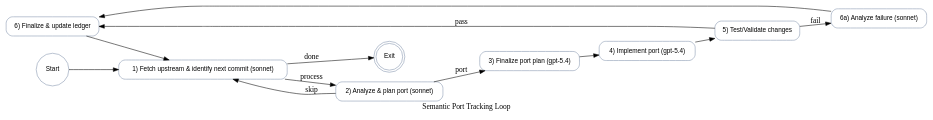
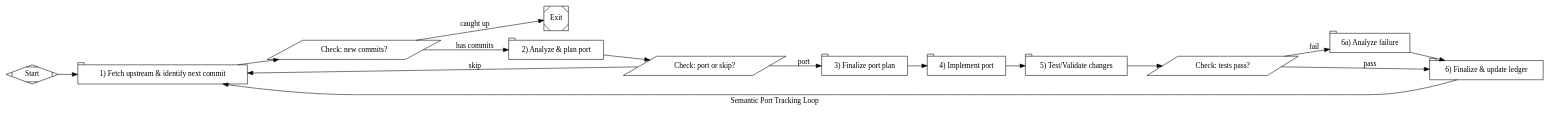
Before and after one commit to TheFellow/cedar-dotnet: the diagram in semport/semport.dot, drawn with Graphviz.

Commit message:
semport: bump turn limits and sharpen stage prompts
ImplementPort 30→50, TestValidate 20→40, AnalyzeFailure 15→25,
FinalizeAndUpdateLedger 15→30. TestValidate now runs specific test
projects instead of full solution (avoids conformance noise).
ImplementPort reminds about ImplicitUsings=disable.

````diff
--- a/semport/semport.dot
+++ b/semport/semport.dot
@@ -1,33 +1,49 @@
 digraph Workflow {
   graph [ label="Semantic Port Tracking Loop", goal="We want to intelligently track and port semantic changes from the upstream cedar-go repository to our C# implementation.\n\nWe want to fetch the latest commits from inspiration/cedar-go, analyze each new commit for semantic changes (not just syntax), and intelligently port those changes into our C# codebase while respecting .NET idioms and our existing architecture.\n\nWe want to track the disposition of each upstream commit in semport/ledger.tsv with three states: 'new' (unprocessed), 'implemented' (changes made), or 'acknowledged' (reviewed but no changes needed).\n\nWe want to make sure we follow the established cedar-dotnet conventions: sealed records for value types, immutable collections, System.Text.Json serialization, xUnit tests, and the multi-project solution layout defined in docs/sprints/SPRINT-PLAN.md.", rankdir="LR", context_fidelity_default="truncate", context_thread_default="semport-tracking", default_max_retry="4" ];
 
-  FinalizeAndUpdateLedger [allow_partial="false", color="#94a3b8", fillcolor="white", fontname="Helvetica", fontsize="12", is_codergen="true", label="6) Finalize & update ledger", llm_model="gpt-5.4", llm_prompt="**Finalize implementation and update ledger in one step.**\n\n1. Synthesize the port plan from .ai/semport_plan_sonnet.md and implementation results into .ai/semport_implementation_summary.md. List which upstream commits were processed, what changes were made (with file:line references), and the disposition ('implemented').\n\n2. Update the ledger using:\n```\npython3 semport/ledger.py update <shortsha> implemented\npython3 semport/ledger.py sort\n```\n\n3. Verify with `python3 semport/ledger.py stats` to see progress.\n\n4. **Commit all changes** (implementation + ledger update) with a clear message:\n   ```\n   git add -A\n   git commit -m \"semport: implement <shortsha> - <brief description of what was ported>\"\n   ```\n   Example: `git commit -m \"semport: implement 69d8817 - add MarshalBinary to EntityUID\"`\n\nKeep our goal $goal in mind. Then loop back to process the next commit.", llm_provider="openai", margin="0.1,0.08", max_agent_turns="8", node_type="stack.observe", penwidth="1.2", reasoning_effort="high", shape="box", style="rounded,filled", timeout="1200"];
+  Start [label="Start", shape="Mdiamond"];
+  Exit [label="Exit", shape="Msquare"];
 
-  TestValidate [allow_partial="true", color="#94a3b8", fillcolor="white", fontname="Helvetica", fontsize="12", is_codergen="true", label="5) Test/Validate changes", llm_model="gpt-5.4", llm_prompt="Keeping our goal in mind: $goal. From repo root, validate that all ported changes work correctly. Run `dotnet build cedar-dotnet.sln` and `dotnet test` to ensure compilation succeeds and all tests pass. Verify the ported functionality matches the upstream semantic intent (not necessarily syntax). Write validation results to .ai/semport_validation_report_NN.md. Use outcome=yes if all tests pass and changes are semantically correct; otherwise use outcome=retry with concrete failure details.", llm_provider="openai", margin="0.1,0.08", max_agent_turns="8", node_type="stack.steer", penwidth="1.2", reasoning_effort="high", shape="box", style="rounded,filled", timeout="1800"];
+  // ── Stage 1: Fetch upstream and identify next commit ──
+  FetchUpstream [shape="tab", label="1) Fetch upstream & identify next commit", llm_model="claude-sonnet-4-6", llm_provider="anthropic", cwd=".", max_turns="25", reasoning_effort="high", prompt="Our goal is: $goal\n\n---\n\n**CRITICAL: Use semport/ledger.py for all ledger operations to ensure proper chronological ordering. Ledger entries MUST always use short git hashes (7 characters, e.g. from `git rev-parse --short`).**\n\n1. Run `python3 semport/ledger.py earliest` to get the chronologically earliest commit with disposition='new'\n2. If a commit is found, write ONLY that single commit (shortsha, iso8601, and full commit message from git show) to .ai/semport_new_commits.md and you are done.\n3. If NO 'new' commits exist:\n   a. Ensure inspiration/cedar-go exists (clone from https://github.com/cedar-policy/cedar-go.git if missing)\n   b. Run `git -C inspiration/cedar-go fetch origin && git -C inspiration/cedar-go checkout main && git -C inspiration/cedar-go pull origin main` to get latest\n   c. Use git log to find commits newer than the latest in ledger.tsv, capturing a short hash for each commit (e.g. `git -C inspiration/cedar-go log --format='%%h %%cI' <latest_sha>..HEAD`)\n   d. Add new commits using `python3 semport/ledger.py add <shortsha> <timestamp>`\n   e. Run `python3 semport/ledger.py sort` to maintain chronological order\n   f. Then run `python3 semport/ledger.py earliest` to get the first new commit\n   g. If a new commit is found after fetching, write it to .ai/semport_new_commits.md\n   h. If still no new commits after fetching, remove .ai/semport_new_commits.md if it exists (rm -f)\n\nIMPORTANT: If there IS a commit to process, .ai/semport_new_commits.md must exist when you finish. If there is NOT, .ai/semport_new_commits.md must NOT exist."];
 
-  AnalyzeFailureSonnet [allow_partial="false", color="#94a3b8", fillcolor="white", fontname="Helvetica", fontsize="12", is_codergen="true", label="6a) Analyze failure (sonnet)", llm_model="claude-sonnet-4-6", llm_prompt="When tests or validation fail, inspect .ai/semport_validation_report_*.md, logs, diffs, and error messages. Write .ai/semport_failure_sonnet.md summarizing root causes, impacted files (with line references), and what needs to be fixed. Clearly note where failure artifacts are located. Keep our goal $goal in mind and be subjective.", llm_provider="anthropic", margin="0.1,0.08", max_agent_turns="8", node_type="stack.observe", penwidth="1.2", reasoning_effort="high", shape="box", style="rounded,filled", timeout="1200"];
+  CheckFetchResult [shape="parallelogram", label="Check: new commits?", tool_command="test -f .ai/semport_new_commits.md", timeout="10s"];
 
-  FetchUpstreamSonnet [allow_partial="false", color="#94a3b8", fillcolor="white", fontname="Helvetica", fontsize="12", is_codergen="true", label="1) Fetch upstream & identify next commit (sonnet)", llm_model="claude-sonnet-4-6", llm_prompt="Our goal is: $goal\n\n---\n\n**CRITICAL: Use semport/ledger.py for all ledger operations to ensure proper chronological ordering. Ledger entries MUST always use short git hashes (7 characters, e.g. from `git rev-parse --short`).**\n\n1. Run `python3 semport/ledger.py earliest` to get the chronologically earliest commit with disposition='new'\n2. If a commit is found, write ONLY that single commit (shortsha, iso8601, and full commit message from git show) to .ai/semport_new_commits.md and use outcome=process\n3. If NO 'new' commits exist:\n   a. Ensure inspiration/cedar-go exists (clone from https://github.com/cedar-policy/cedar-go.git if missing)\n   b. Run git fetch && git pull in that directory\n   c. Use git log to find commits newer than the latest in ledger.tsv, capturing a short hash for each commit (e.g. `git log --format='%h %cI' ...`)\n   d. Add new commits using `python3 semport/ledger.py add <shortsha> <timestamp>`\n   e. Run `python3 semport/ledger.py sort` to maintain chronological order\n   f. Then run `python3 semport/ledger.py earliest` to get the first new commit\n   g. If a new commit is found after fetching, write it to .ai/semport_new_commits.md and use outcome=process\n   h. If still no new commits after fetching, write a completion report to .ai/semport_completion.md and use outcome=done\n\n**IMPORTANT**: You MUST end with exactly one of these outcomes:\n- outcome=process (when there is a commit to process)\n- outcome=done (when fully caught up with no new commits)", llm_provider="anthropic", margin="0.1,0.08", max_agent_turns="8", node_type="stack.steer", penwidth="1.2", reasoning_effort="high", shape="box", style="rounded,filled", timeout="1200"];
+  // ── Stage 2: Analyze commit and decide: port or acknowledge ──
+  AnalyzePlan [shape="tab", label="2) Analyze & plan port", llm_model="claude-sonnet-4-6", llm_provider="anthropic", cwd=".", max_turns="30", reasoning_effort="high", prompt="You have ONE job: analyze a single upstream commit and decide whether to port or acknowledge it.\n\nSTEP 1: Read .ai/semport_new_commits.md to get the commit shortsha.\nSTEP 2: Run `git -C inspiration/cedar-go show <shortsha>` to see the full diff.\nSTEP 3: Decide: is this a semantic change that needs porting to C#? Or is it Go-specific/docs-only/CI-only/test-only?\n\nIF ACKNOWLEDGE (skip):\n1. Run: `python3 semport/ledger.py update <shortsha> acknowledged && python3 semport/ledger.py sort`\n2. Run: `git add semport/ledger.tsv && git commit -m \"semport: acknowledge <shortsha> - <brief reason>\"`\n3. Run: `rm -f .ai/semport_new_commits.md`\n4. Write .ai/semport_plan.md with first line: SKIP\n\nIF PORT:\n1. Write .ai/semport_plan.md with first line: PORT\n2. Below PORT, include: commit summary, semantic analysis, and concrete port tasks with file:line references for both Go source and C# target.\n\nDo NOT browse the repo. Do NOT read files other than .ai/semport_new_commits.md and the git show output. Be fast and decisive."];
 
-  ImplementPort [allow_partial="true", color="#94a3b8", fillcolor="white", fontname="Helvetica", fontsize="12", is_codergen="true", label="4) Implement port (gpt-5.4)", llm_model="gpt-5.4", llm_prompt="Follow the port plan in .ai/semport_plan_finalized.md. For each upstream commit, port the semantic changes to the C# codebase. Focus on semantic equivalence, not literal translation. Use C# idioms (sealed records, pattern matching, immutable collections, System.Text.Json), respect the existing multi-project architecture (Cedar.Types, Cedar.Ast, Cedar.Core), and reference specific files/line ranges. Run `dotnet build` after each significant change. Log all changes and commands to .ai/semport_impl.log.", llm_provider="openai", margin="0.1,0.08", max_agent_turns="8", node_type="stack.observe", penwidth="1.2", reasoning_effort="high", shape="box", style="rounded,filled", timeout="2400"];
+  CheckPlanResult [shape="parallelogram", label="Check: port or skip?", tool_command="head -1 .ai/semport_plan.md | grep -q PORT", timeout="10s"];
 
-  FinalizePlanGPT [allow_partial="false", color="#94a3b8", fillcolor="white", fontname="Helvetica", fontsize="12", is_codergen="true", label="3) Finalize port plan (gpt-5.4)", llm_model="gpt-5.4", llm_prompt="Keeping our goal $goal in mind. Perform a final editorial pass over .ai/semport_plan_sonnet.md and write .ai/semport_plan_finalized.md. Ensure each port task has concrete file:line references in the C# codebase, clear acceptance criteria, and is directly executable. Map Go types/patterns to their C# equivalents (e.g., Go interface -> C# interface/abstract record, Go error -> CedarParseException, etc.). Remove vague language and ensure the plan is actionable.", llm_provider="openai", margin="0.1,0.08", max_agent_turns="8", node_type="stack.observe", penwidth="1.2", reasoning_effort="high", shape="box", style="rounded,filled", timeout="1200"];
+  // ── Stage 3: Finalize port plan ──
+  FinalizePlan [shape="tab", label="3) Finalize port plan", llm_model="gpt-5.4", llm_provider="openai", cwd=".", max_turns="25", reasoning_effort="high", prompt="Finalize the port plan for implementation.\n\n1. Read .ai/semport_plan.md\n2. Search the C# codebase for the target files mentioned in the plan (use find/grep to locate them quickly)\n3. Write .ai/semport_plan_finalized.md with concrete file:line references, acceptance criteria, and C# idioms mapped from Go patterns\n4. Be fast — do not read entire files, just locate the relevant types and note their locations\n\nThe plan should be directly executable by the next agent. Map Go patterns to C# equivalents (Go interface -> C# interface/abstract record, Go error -> Result/exception, etc.)."];
 
-  Exit [allow_partial="false", color="#94a3b8", fillcolor="white", fontname="Helvetica", fontsize="12", is_codergen="true", label="Exit", llm_model="gpt-5.4", llm_provider="openai", margin="0.1,0.08", max_agent_turns="8", node_type="exit", penwidth="1.2", reasoning_effort="high", shape="doublecircle", style="rounded,filled", timeout="1200"];
+  // ── Stage 4: Implement port ──
+  ImplementPort [shape="tab", label="4) Implement port", llm_model="gpt-5.4", llm_provider="openai", cwd=".", max_turns="50", max_tool_rounds="45", reasoning_effort="high", prompt="Follow the port plan in .ai/semport_plan_finalized.md. Port the semantic changes to the C# codebase. Focus on semantic equivalence, not literal translation. Use C# idioms (sealed records, pattern matching, immutable collections, System.Text.Json), respect the existing multi-project architecture (Cedar.Types, Cedar.Ast, Cedar.Core). IMPORTANT: ImplicitUsings is disabled — add all using statements explicitly (System, System.Collections.Generic, etc.). Run `dotnet build cedar-dotnet.sln` after all changes to verify compilation. Fix any build errors before finishing."];
 
-  Start [allow_partial="false", color="#94a3b8", fillcolor="white", fontname="Helvetica", fontsize="12", is_codergen="true", label="Start", llm_model="gpt-5.4", llm_provider="openai", margin="0.1,0.08", max_agent_turns="8", node_type="start", penwidth="1.2", reasoning_effort="high", shape="circle", style="rounded,filled", timeout="1200"];
+  // ── Stage 5: Test/Validate ──
+  TestValidate [shape="tab", label="5) Test/Validate changes", llm_model="gpt-5.4", llm_provider="openai", cwd=".", max_turns="40", reasoning_effort="high", prompt="Validate the ported changes. Run these commands from repo root:\n1. `dotnet build cedar-dotnet.sln` — must succeed with 0 warnings\n2. `dotnet test test/Cedar.Tests/` — unit tests must pass\n3. `dotnet test test/Cedar.Schema.Tests/` — schema tests must pass\n4. `dotnet test test/Cedar.Batch.Tests/` — batch tests must pass\n5. `dotnet test test/Cedar.Experimental.Tests/` — experimental tests must pass\n\nNOTE: Do NOT run test/Cedar.Conformance/ — it has known failures unrelated to this port.\n\nWrite results to .ai/semport_validation_report.md. First line: PASS if all above pass, FAIL otherwise. Include test counts."];
 
-  AnalyzePlanSonnet [allow_partial="false", color="#94a3b8", fillcolor="white", fontname="Helvetica", fontsize="12", is_codergen="true", label="2) Analyze & plan port (sonnet)", llm_model="claude-sonnet-4-6", llm_prompt="Keeping our goal $goal in mind. Read .ai/semport_new_commits.md which contains a SINGLE commit to process. Examine this one commit in inspiration/cedar-go using git show. Analyze the semantic changes (what functionality changed, not just syntax). Decide if this change is relevant to our C# implementation or if it's Go-specific/docs-only/CI-only/not-applicable.\n\nWrite .ai/semport_plan_sonnet.md with sections: Commit Being Processed (shortsha and summary), Semantic Analysis (what changed functionally), DECISION (port or acknowledge with clear reasoning), Port Plan (if porting: concrete tasks with file:line references for both Go source and C# target), and Disposition Recommendation.\n\n**If decision is to ACKNOWLEDGE (skip):**\n1. Update the ledger: `python3 semport/ledger.py update <shortsha> acknowledged && python3 semport/ledger.py sort`\n2. Verify with `python3 semport/ledger.py stats`\n3. **Commit the ledger change** with a clear message summarizing why this commit was acknowledged:\n   ```\n   git add semport/ledger.tsv\n   git commit -m \"semport: acknowledge <shortsha> - <brief reason>\"\n   ```\n   Example: `git commit -m \"semport: acknowledge e3fe4f4 - Go CI config change, no C# impact\"`\n4. Use outcome=skip to loop back for next commit\n\n**If decision is to PORT:**\nUse outcome=port to proceed to implementation.", llm_provider="anthropic", margin="0.1,0.08", max_agent_turns="8", node_type="stack.steer", penwidth="1.2", reasoning_effort="high", shape="box", style="rounded,filled", timeout="1200"];
+  CheckTestResult [shape="parallelogram", label="Check: tests pass?", tool_command="head -1 .ai/semport_validation_report.md | grep -q PASS", timeout="10s"];
 
-  FinalizeAndUpdateLedger -> FetchUpstreamSonnet [loop_restart="true"];
-  Start -> FetchUpstreamSonnet;
-  AnalyzeFailureSonnet -> FinalizeAndUpdateLedger;
-  FinalizePlanGPT -> ImplementPort;
-  TestValidate -> FinalizeAndUpdateLedger [condition="outcome=yes", label="pass"];
-  TestValidate -> AnalyzeFailureSonnet [condition="outcome=retry", label="fail"];
-  FetchUpstreamSonnet -> AnalyzePlanSonnet [condition="outcome=process", label="process"];
-  FetchUpstreamSonnet -> Exit [condition="outcome=done", label="done"];
+  // ── Stage 6a: Analyze failure ──
+  AnalyzeFailure [shape="tab", label="6a) Analyze failure", llm_model="claude-sonnet-4-6", llm_provider="anthropic", cwd=".", max_turns="25", reasoning_effort="high", prompt="Tests or validation failed. Inspect .ai/semport_validation_report.md, logs, diffs, and error messages. Write .ai/semport_failure_analysis.md summarizing root causes, impacted files (with line references), and what needs to be fixed. Clearly note where failure artifacts are located. Keep our goal $goal in mind and be subjective."];
+
+  // ── Stage 6: Finalize and update ledger ──
+  FinalizeAndUpdateLedger [shape="tab", label="6) Finalize & update ledger", llm_model="gpt-5.4", llm_provider="openai", cwd=".", max_turns="30", reasoning_effort="high", prompt="**Finalize implementation and update ledger in one step.**\n\n1. Read .ai/semport_new_commits.md to get the shortsha.\n\n2. Update the ledger:\n```\npython3 semport/ledger.py update <shortsha> implemented\npython3 semport/ledger.py sort\n```\n\n3. Commit all changes with a clear message:\n```\ngit add -A\ngit commit -m \"semport: implement <shortsha> - <brief description of what was ported>\"\n```\n\n4. Clean up:\n```\nrm -f .ai/semport_new_commits.md .ai/semport_plan.md .ai/semport_plan_finalized.md .ai/semport_validation_report.md .ai/semport_failure_analysis.md .ai/semport_impl.log .ai/semport_implementation_summary.md\n```"];
+
+  // ── Edges ──
+  Start -> FetchUpstream;
+  FetchUpstream -> CheckFetchResult;
+  CheckFetchResult -> AnalyzePlan [condition="outcome=success", label="has commits"];
+  CheckFetchResult -> Exit [condition="outcome=fail", label="caught up"];
+  AnalyzePlan -> CheckPlanResult;
+  CheckPlanResult -> FinalizePlan [condition="outcome=success", label="port"];
+  CheckPlanResult -> FetchUpstream [condition="outcome=fail", label="skip", loop_restart="true"];
+  FinalizePlan -> ImplementPort;
   ImplementPort -> TestValidate;
-  AnalyzePlanSonnet -> FinalizePlanGPT [condition="outcome=port", label="port"];
-  AnalyzePlanSonnet -> FetchUpstreamSonnet [condition="outcome=skip", label="skip", loop_restart="true"];
+  TestValidate -> CheckTestResult;
+  CheckTestResult -> FinalizeAndUpdateLedger [condition="outcome=success", label="pass"];
+  CheckTestResult -> AnalyzeFailure [condition="outcome=fail", label="fail"];
+  AnalyzeFailure -> FinalizeAndUpdateLedger;
+  FinalizeAndUpdateLedger -> FetchUpstream [loop_restart="true"];
 }
````
